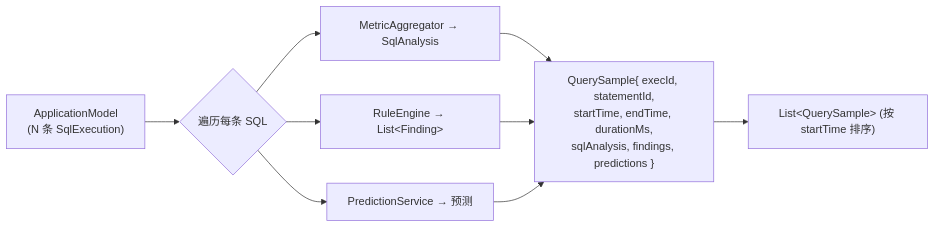
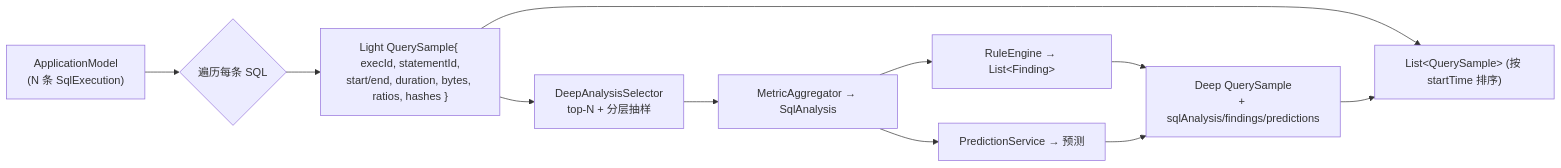
The second of 6 diagrams in SparkAdvisor-monitor-design.md (gauss1314/SparkAdvisor), drawn with Mermaid before and after one commit. The commit also changed other lines of this file, not shown here.

````diff
--- a/SparkAdvisor-monitor-design.md
+++ b/SparkAdvisor-monitor-design.md
@@ -118,11 +133,13 @@
 ```mermaid
 flowchart LR
     A["ApplicationModel<br/>(N 条 SqlExecution)"] --> B{遍历每条 SQL}
-    B --> C["MetricAggregator → SqlAnalysis"]
-    B --> D["RuleEngine → List&lt;Finding&gt;"]
-    B --> E["PredictionService → 预测"]
-    C --> F["QuerySample{ execId, statementId,<br/>startTime, endTime, durationMs,<br/>sqlAnalysis, findings, predictions }"]
-    D --> F
+    B --> L["Light QuerySample{ execId, statementId,<br/>start/end, duration, bytes, ratios, hashes }"]
+    L --> S["DeepAnalysisSelector<br/>top-N + 分层抽样"]
+    S --> C["MetricAggregator → SqlAnalysis"]
+    C --> D["RuleEngine → List&lt;Finding&gt;"]
+    C --> E["PredictionService → 预测"]
+    D --> F["Deep QuerySample<br/>+ sqlAnalysis/findings/predictions"]
     E --> F
-    F --> G["List&lt;QuerySample&gt; (按 startTime 排序)"]
+    L --> G["List&lt;QuerySample&gt; (按 startTime 排序)"]
+    F --> G
 ```
````
